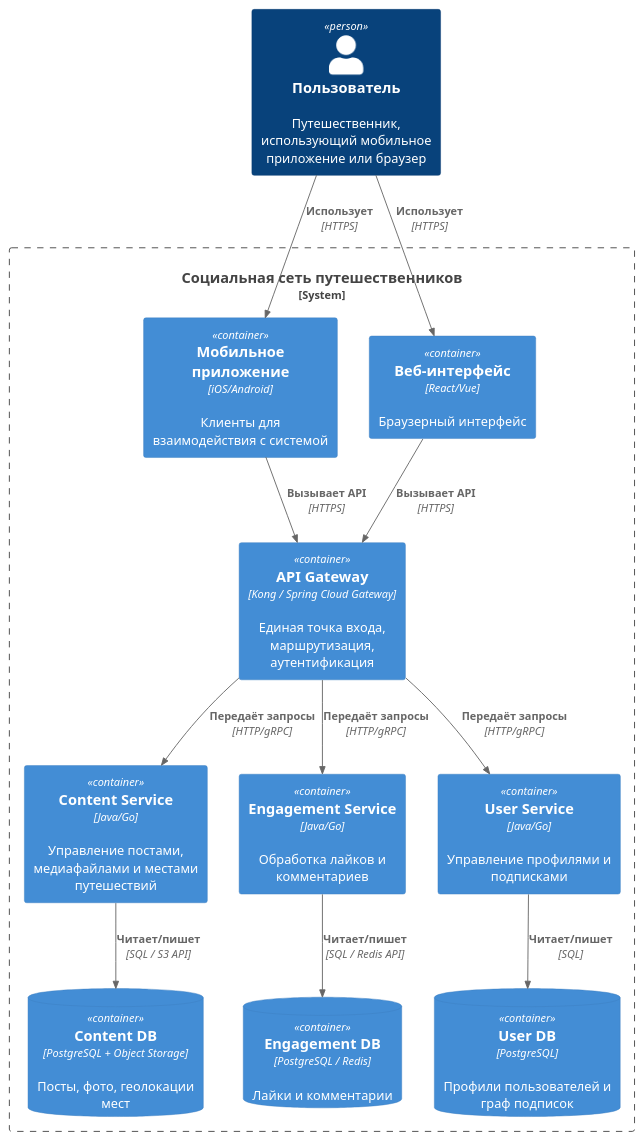
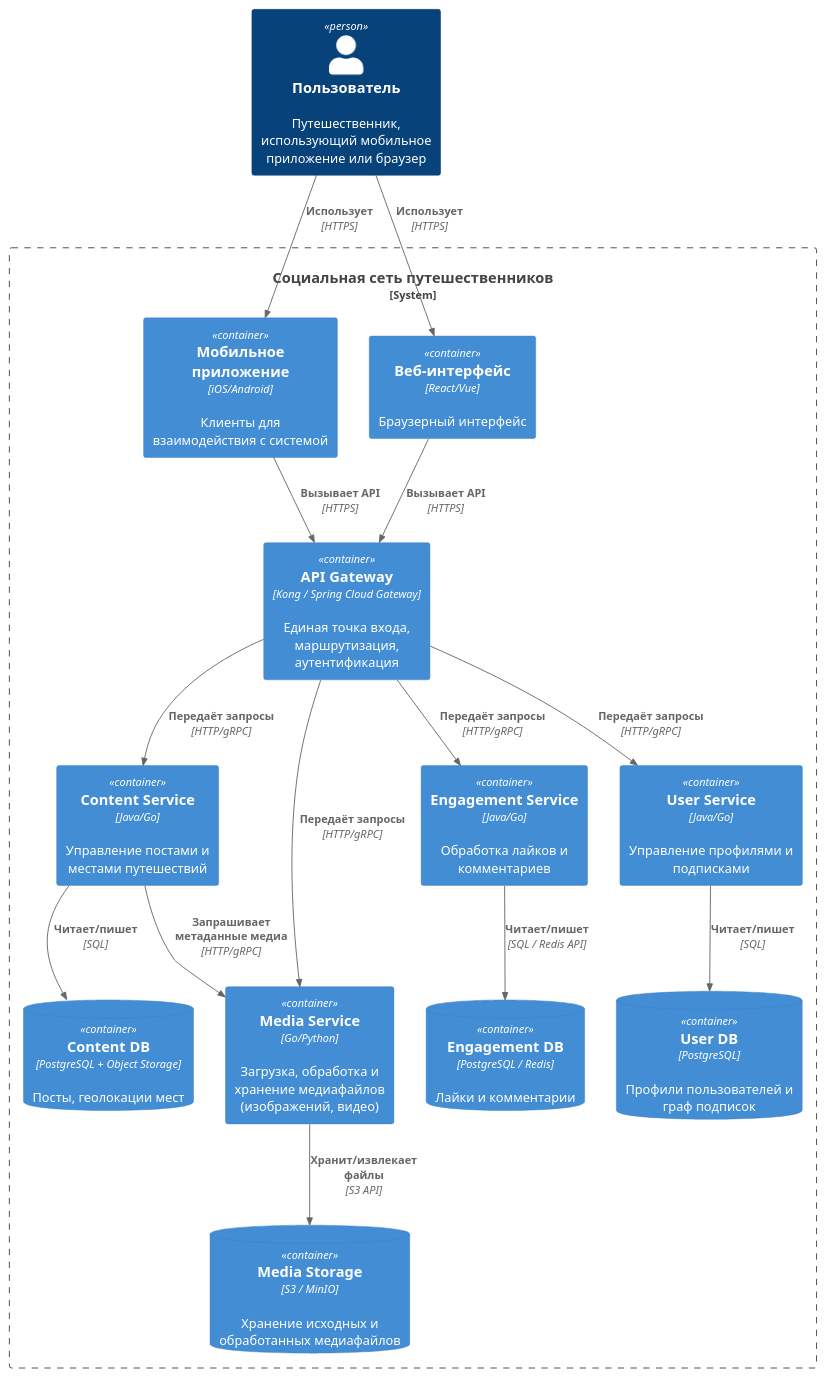
Before and after one commit to gas-coder/social_network_system_design: the diagram in container.puml, drawn with PlantUML.

Commit message:
Update container.puml
Выделен дополнительный сервис для медиа

```diff
--- a/container.puml
+++ b/container.puml
@@ -1,44 +1,51 @@
 @startuml
 !include https://raw.githubusercontent.com/plantuml-stdlib/C4-PlantUML/master/C4_Container.puml
 
 Person(user, "Пользователь", "Путешественник, использующий мобильное приложение или браузер")
 
 System_Boundary(social_travel_network_boundary, "Социальная сеть путешественников") {
 
     ' Клиенты
     Container(mobile_app, "Мобильное приложение", "iOS/Android", "Клиенты для взаимодействия с системой")
     Container(web_frontend, "Веб-интерфейс", "React/Vue", "Браузерный интерфейс")
 
     ' API шлюз
     Container(api_gateway, "API Gateway", "Kong / Spring Cloud Gateway", "Единая точка входа, маршрутизация, аутентификация")
 
-    ' Микросервисы (в точном соответствии с ТЗ) 
-    Container(content_service, "Content Service", "Java/Go", "Управление постами, медиафайлами и местами путешествий")
+    ' Микросервисы
+    Container(content_service, "Content Service", "Java/Go", "Управление постами и местами путешествий")
+    Container(media_service, "Media Service", "Go/Python", "Загрузка, обработка и хранение медиафайлов (изображений, видео)")
     Container(engagement_service, "Engagement Service", "Java/Go", "Обработка лайков и комментариев")
     Container(user_service, "User Service", "Java/Go", "Управление профилями и подписками")
 
     ' Хранилища
-    ContainerDb(content_db, "Content DB", "PostgreSQL + Object Storage", "Посты, фото, геолокации мест")
+    ContainerDb(content_db, "Content DB", "PostgreSQL + Object Storage", "Посты, геолокации мест")
+    ContainerDb(media_storage, "Media Storage", "S3 / MinIO", "Хранение исходных и обработанных медиафайлов")
     ContainerDb(engagement_db, "Engagement DB", "PostgreSQL / Redis", "Лайки и комментарии")
     ContainerDb(user_db, "User DB", "PostgreSQL", "Профили пользователей и граф подписок")
 
 }
 
 ' Связи от пользователя к клиентам
 Rel(user, mobile_app, "Использует", "HTTPS")
 Rel(user, web_frontend, "Использует", "HTTPS")
 
 ' Клиенты → API Gateway 
 Rel(mobile_app, api_gateway, "Вызывает API", "HTTPS")
 Rel(web_frontend, api_gateway, "Вызывает API", "HTTPS")
 
 ' API Gateway → Микросервисы 
 Rel(api_gateway, content_service, "Передаёт запросы", "HTTP/gRPC")
+Rel(api_gateway, media_service, "Передаёт запросы", "HTTP/gRPC")
 Rel(api_gateway, engagement_service, "Передаёт запросы", "HTTP/gRPC")
 Rel(api_gateway, user_service, "Передаёт запросы", "HTTP/gRPC")
 
+' Внутренние взаимодействия между сервисами
+Rel(content_service, media_service, "Запрашивает метаданные медиа", "HTTP/gRPC")
+
 ' Микросервисы → Базы данных
-Rel(content_service, content_db, "Читает/пишет", "SQL / S3 API")
+Rel(content_service, content_db, "Читает/пишет", "SQL")
+Rel(media_service, media_storage, "Хранит/извлекает файлы", "S3 API")
 Rel(engagement_service, engagement_db, "Читает/пишет", "SQL / Redis API")
 Rel(user_service, user_db, "Читает/пишет", "SQL")
 @enduml
```
